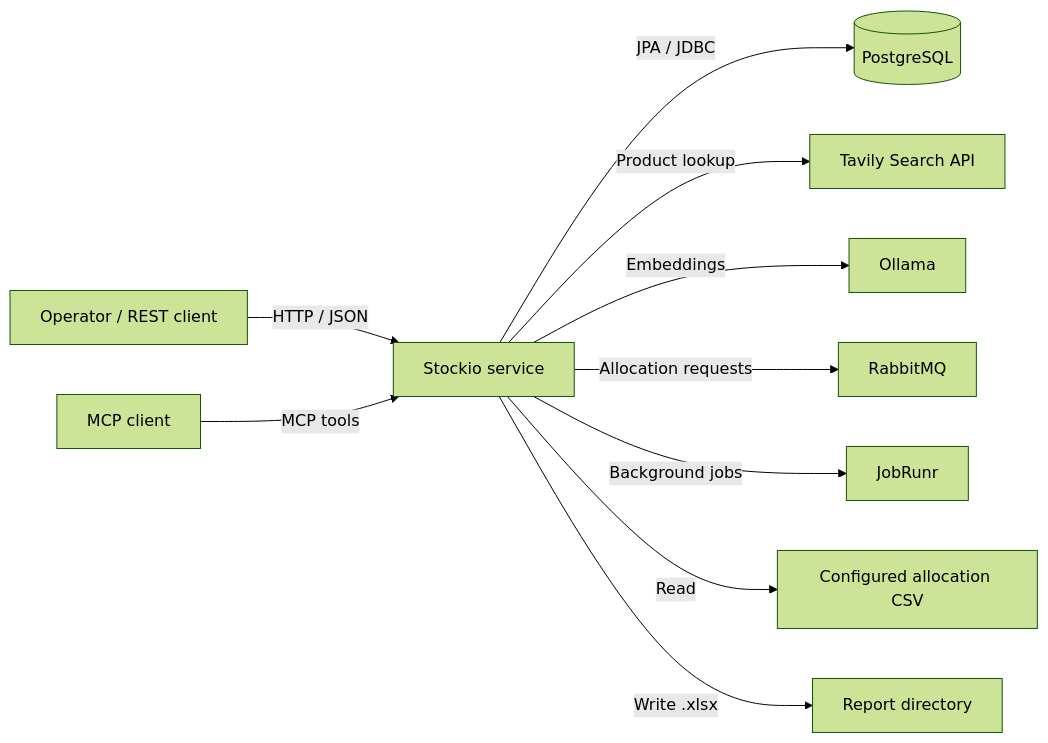
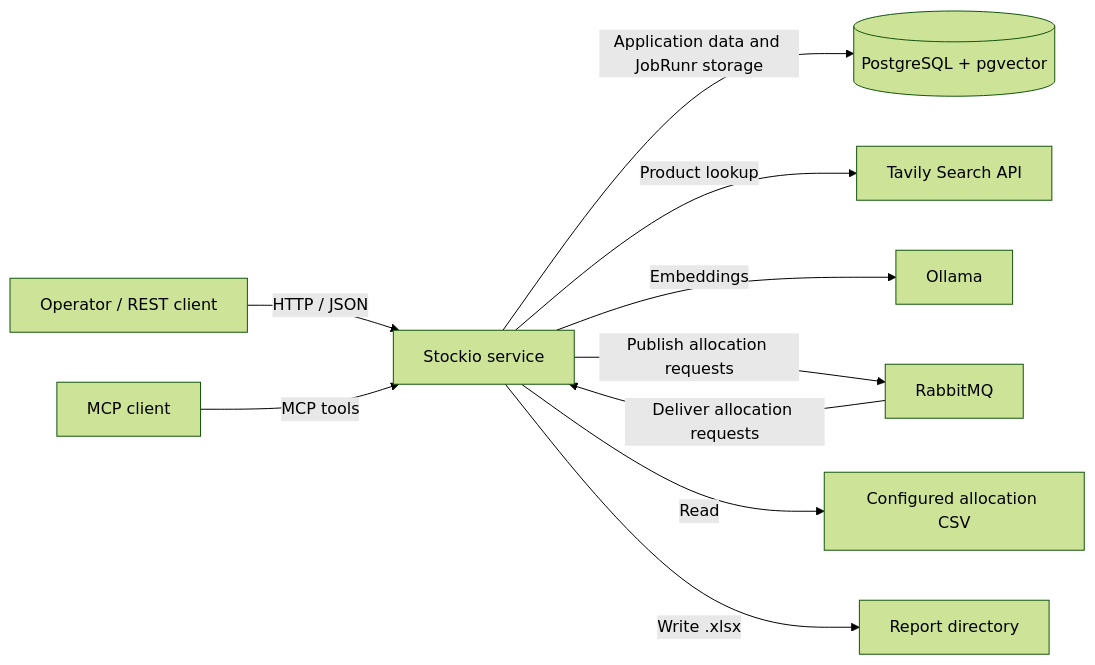
Before and after one commit to vriesjo/stockio: the first of 14 diagrams in docs/architecture.md, drawn with Mermaid (forest theme). The commit also changed other lines of this file and 80 other files, not shown here.

````diff
--- a/docs/architecture.md
+++ b/docs/architecture.md
@@ -22,12 +22,12 @@
 ```mermaid
 flowchart LR
     Operator["Operator / REST client"] -->|"HTTP / JSON"| API["Stockio service"]
     Agent["MCP client"] -->|"MCP tools"| API
-    API -->|"JPA / JDBC"| DB[("PostgreSQL")]
+    API -->|"Application data and JobRunr storage"| DB[("PostgreSQL + pgvector")]
     API -->|"Product lookup"| Tavily["Tavily Search API"]
     API -->|"Embeddings"| Ollama["Ollama"]
-    API -->|"Allocation requests"| Rabbit["RabbitMQ"]
-    API -->|"Background jobs"| JobRunr["JobRunr"]
+    API -->|"Publish allocation requests"| Rabbit["RabbitMQ"]
+    Rabbit -->|"Deliver allocation requests"| API
     API -->|"Read"| CSV["Configured allocation CSV"]
     API -->|"Write .xlsx"| Reports["Report directory"]
 ```
````
